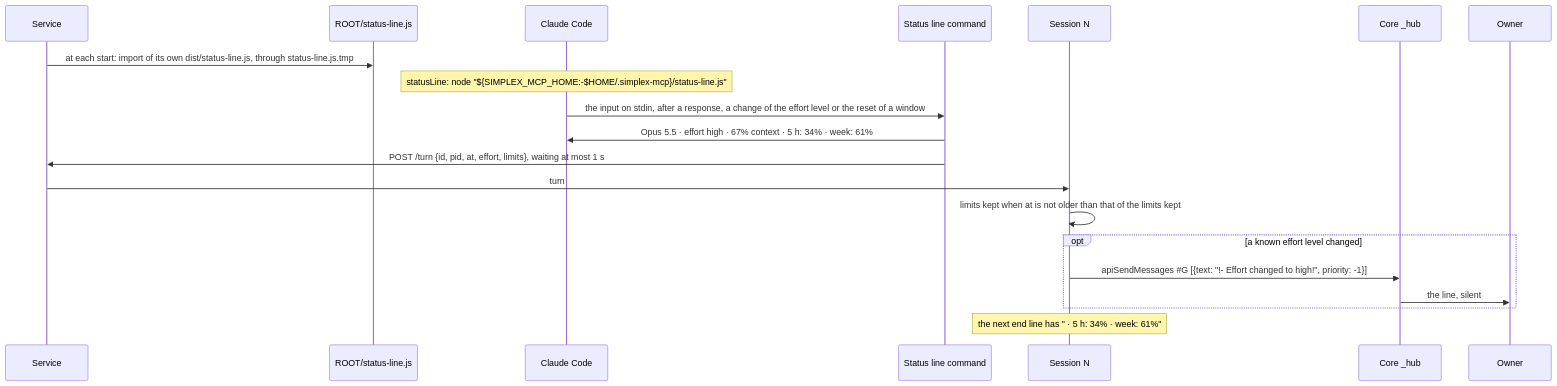
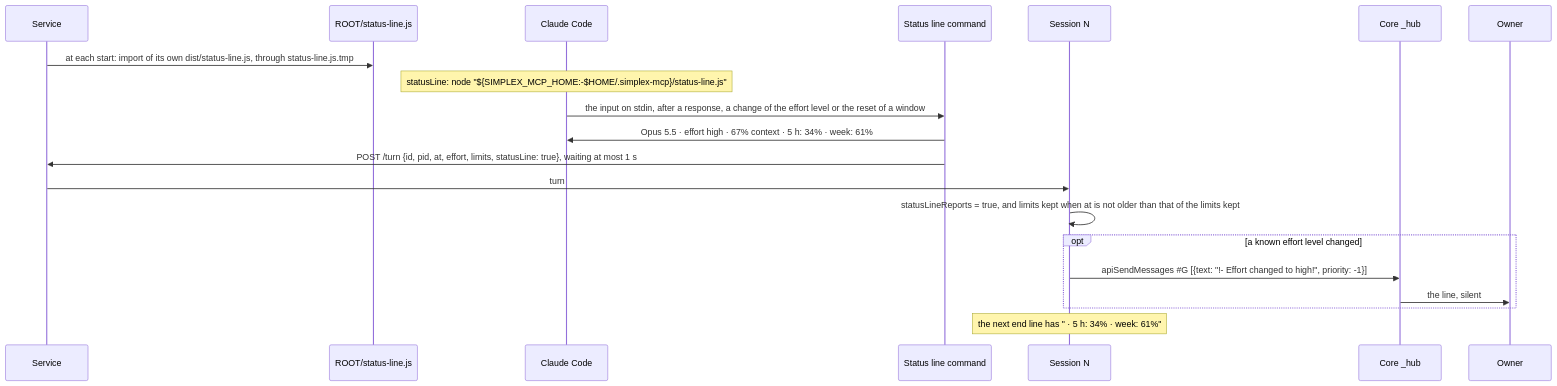
Before and after one commit to simplex-chat/simplex-chat: diagram 34 of 34 in packages/simplex-chat-mcp/spec/flows.md, drawn with Mermaid. The commit also changed other lines of this file and 10 other files, not shown here.

First line of the commit message:
mcp: effort level only from the status line once it reports

````diff
--- a/packages/simplex-chat-mcp/spec/flows.md
+++ b/packages/simplex-chat-mcp/spec/flows.md
@@ -1580,22 +1580,22 @@
 ```mermaid
 sequenceDiagram
   participant S as Service
   participant F as ROOT/status-line.js
   participant CC as Claude Code
   participant SL as Status line command
   participant N as Session N
   participant C as Core _hub
   participant O as Owner
   S->>F: at each start: import of its own dist/status-line.js, through status-line.js.tmp
   Note over CC: statusLine: node "${SIMPLEX_MCP_HOME:-$HOME/.simplex-mcp}/status-line.js"
   CC->>SL: the input on stdin, after a response, a change of the effort level or the reset of a window
   SL->>CC: Opus 5.5 · effort high · 67% context · 5 h: 34% · week: 61%
-  SL->>S: POST /turn {id, pid, at, effort, limits}, waiting at most 1 s
+  SL->>S: POST /turn {id, pid, at, effort, limits, statusLine: true}, waiting at most 1 s
   S->>N: turn
-  N->>N: limits kept when at is not older than that of the limits kept
+  N->>N: statusLineReports = true, and limits kept when at is not older than that of the limits kept
   opt a known effort level changed
     N->>C: apiSendMessages #35;G [{text: "!- Effort changed to high!", priority: -1}]
     C->>O: the line, silent
   end
   Note over N: the next end line has " · 5 h: 34% · week: 61%"
 ```
````
